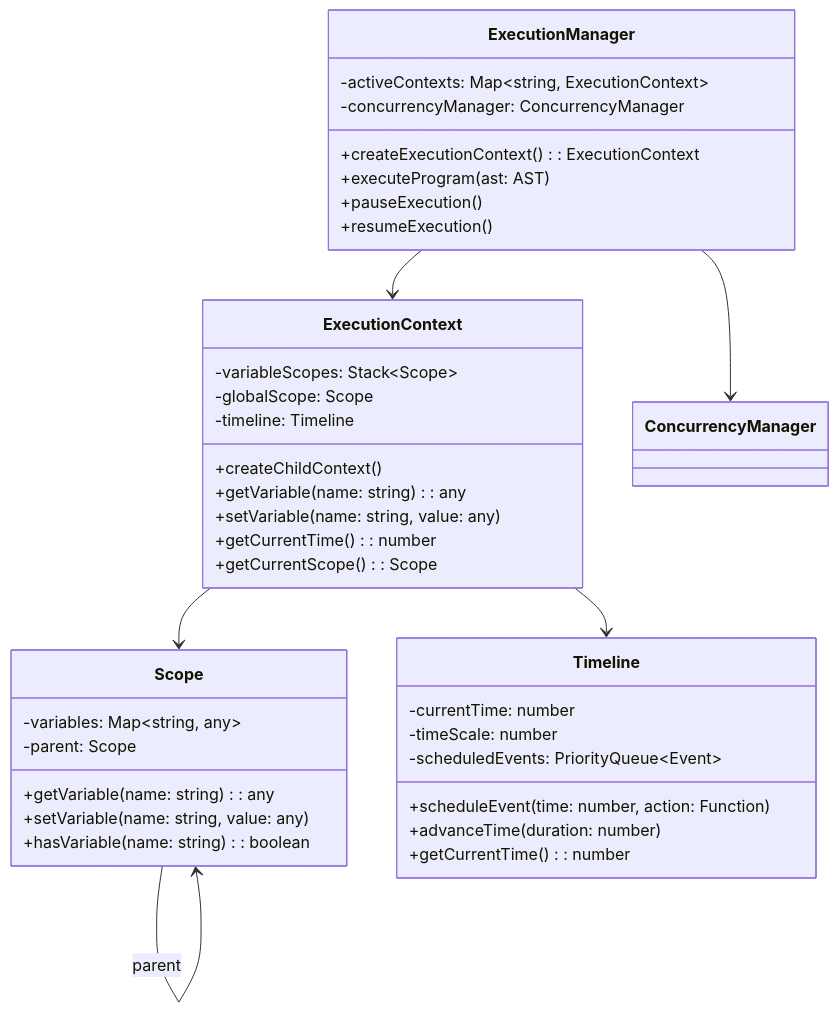
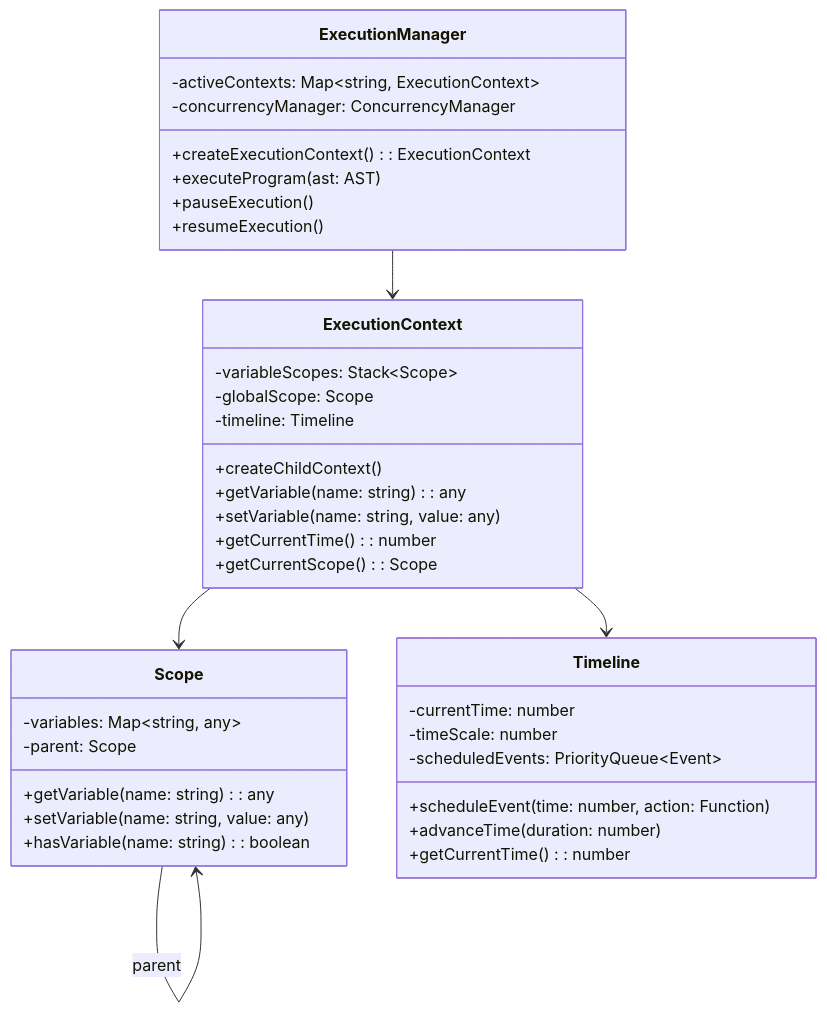
The sixth of 18 diagrams in Proposal-1.md (sa-fw-an/GSoC-Proposal), drawn with Mermaid before and after one commit.

Commit message:
Update proposal

````diff
--- a/Proposal-1.md
+++ b/Proposal-1.md
@@ -506,45 +506,44 @@
 ```mermaid
    classDiagram
     class ExecutionContext {
         -variableScopes: Stack~Scope~
         -globalScope: Scope
         -timeline: Timeline
         +createChildContext()
         +getVariable(name: string): any
         +setVariable(name: string, value: any)
         +getCurrentTime(): number
         +getCurrentScope(): Scope
     }
     
     class Scope {
         -variables: Map~string, any~
         -parent: Scope
         +getVariable(name: string): any
         +setVariable(name: string, value: any)
         +hasVariable(name: string): boolean
     }
     
     class Timeline {
         -currentTime: number
         -timeScale: number
         -scheduledEvents: PriorityQueue~Event~
         +scheduleEvent(time: number, action: Function)
         +advanceTime(duration: number)
         +getCurrentTime(): number
     }
     
     class ExecutionManager {
         -activeContexts: Map~string, ExecutionContext~
         -concurrencyManager: ConcurrencyManager
         +createExecutionContext(): ExecutionContext
         +executeProgram(ast: AST)
         +pauseExecution()
         +resumeExecution()
     }
     
     ExecutionContext --> Scope
     ExecutionContext --> Timeline
     ExecutionManager --> ExecutionContext
-    ExecutionManager --> ConcurrencyManager
     Scope --> Scope : parent
 ```
````
